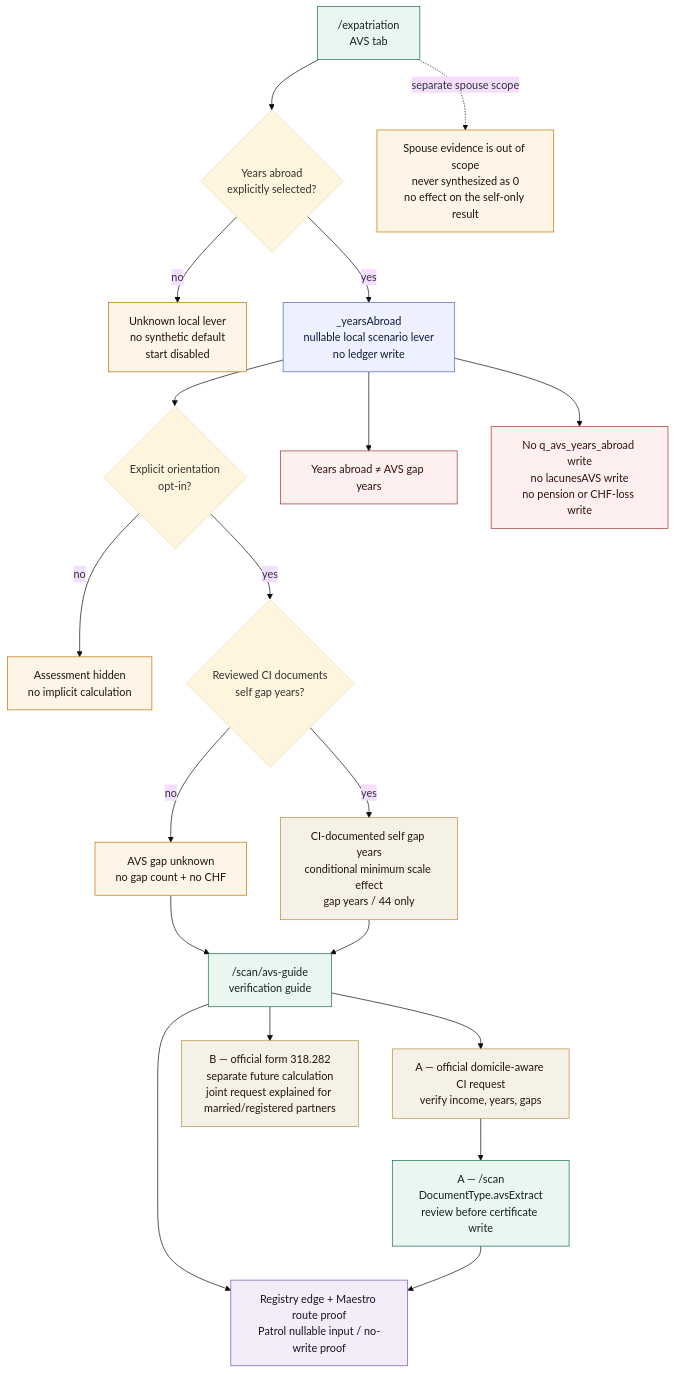
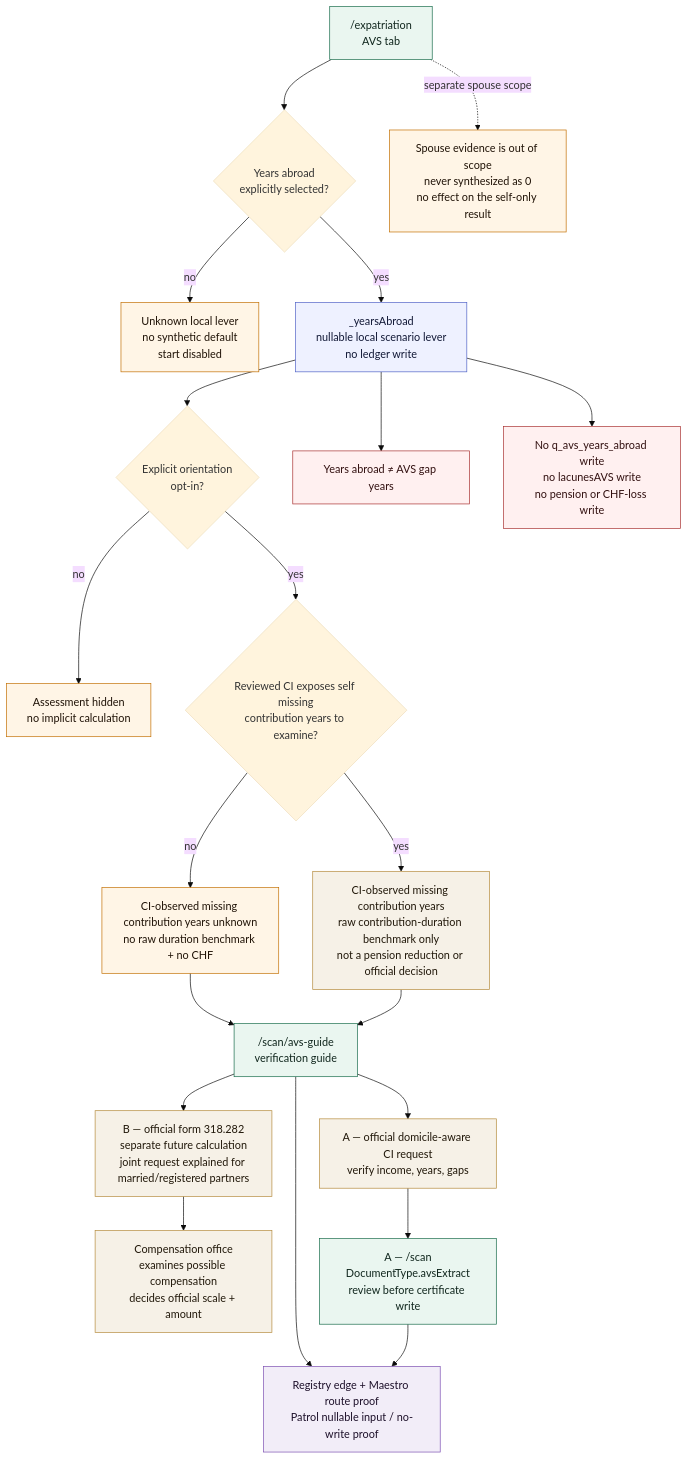
Before and after one commit to MINT-IA/MINT: the diagram in .planning/journeys/diagrams/expat_avs_verification.mmd, drawn with Mermaid (base theme). The commit also changed 22 other files, not shown here.

Commit message:
fix(g1): reframe AVS gap ratio as raw benchmark

```diff
--- a/.planning/journeys/diagrams/expat_avs_verification.mmd
+++ b/.planning/journeys/diagrams/expat_avs_verification.mmd
@@ -1,61 +1,63 @@
 %% ============================================================================
 %% expat_avs_verification.mmd — truthful G1 AVS orientation for expatriation
 %% ----------------------------------------------------------------------------
 %% Purpose: prevent residence history from becoming an invented AVS gap or CHF
 %% pension loss, then route the user to distinct official verification paths.
 %% Sources: SCREEN_CONTRACTS.md §4.2 and §5 /scan/avs-guide.
 %% ============================================================================
 
 flowchart TB
   classDef route fill:#eaf6f0,stroke:#166b4a,color:#10261d,stroke-width:1px;
   classDef local fill:#eef1ff,stroke:#4f62c6,color:#111836,stroke-width:1px;
   classDef evidence fill:#f6f1e7,stroke:#b48a3b,color:#21180a,stroke-width:1px;
   classDef unknown fill:#fff5e6,stroke:#c26f00,color:#201307,stroke-width:1px;
   classDef proof fill:#f2edf8,stroke:#7b4eb2,color:#1d102a,stroke-width:1px;
   classDef forbidden fill:#fff0f0,stroke:#a82f2f,color:#321010,stroke-width:1px;
 
   Expat["/expatriation<br/>AVS tab"]:::route
   YearsGate{"Years abroad<br/>explicitly selected?"}
   YearsUnknown["Unknown local lever<br/>no synthetic default<br/>start disabled"]:::unknown
   YearsLocal["_yearsAbroad<br/>nullable local scenario lever<br/>no ledger write"]:::local
   OptIn{"Explicit orientation<br/>opt-in?"}
   Hidden["Assessment hidden<br/>no implicit calculation"]:::unknown
 
-  CiEvidence{"Reviewed CI documents<br/>self gap years?"}
-  GapUnknown["AVS gap unknown<br/>no gap count + no CHF"]:::unknown
-  GapDocumented["CI-documented self gap years<br/>conditional minimum scale effect<br/>gap years / 44 only"]:::evidence
+  CiEvidence{"Reviewed CI exposes self missing<br/>contribution years to examine?"}
+  CiUnknown["CI-observed missing contribution years unknown<br/>no raw duration benchmark + no CHF"]:::unknown
+  CiObserved["CI-observed missing contribution years<br/>raw contribution-duration benchmark only<br/>not a pension reduction or official decision"]:::evidence
   NotEquivalent["Years abroad ≠ AVS gap years"]:::forbidden
   NoWrite["No q_avs_years_abroad write<br/>no lacunesAVS write<br/>no pension or CHF-loss write"]:::forbidden
   Partner["Spouse evidence is out of scope<br/>never synthesized as 0<br/>no effect on the self-only result"]:::unknown
 
   Guide["/scan/avs-guide<br/>verification guide"]:::route
   CiBranch["A — official domicile-aware CI request<br/>verify income, years, gaps"]:::evidence
   FutureBranch["B — official form 318.282<br/>separate future calculation<br/>joint request explained for married/registered partners"]:::evidence
+  Caisse["Compensation office<br/>examines possible compensation<br/>decides official scale + amount"]:::evidence
   ScanBranch["A — /scan<br/>DocumentType.avsExtract<br/>review before certificate write"]:::route
   Runtime["Registry edge + Maestro route proof<br/>Patrol nullable input / no-write proof"]:::proof
 
   Expat --> YearsGate
   YearsGate -- "no" --> YearsUnknown
   YearsGate -- "yes" --> YearsLocal --> OptIn
   OptIn -- "no" --> Hidden
   OptIn -- "yes" --> CiEvidence
   YearsLocal --> NotEquivalent
   YearsLocal --> NoWrite
   Expat -. "separate spouse scope" .-> Partner
-  CiEvidence -- "no" --> GapUnknown
-  CiEvidence -- "yes" --> GapDocumented
-  GapUnknown --> Guide
-  GapDocumented --> Guide
+  CiEvidence -- "no" --> CiUnknown
+  CiEvidence -- "yes" --> CiObserved
+  CiUnknown --> Guide
+  CiObserved --> Guide
   Guide --> CiBranch
   Guide --> FutureBranch
+  FutureBranch --> Caisse
   CiBranch --> ScanBranch
   Guide --> Runtime
   ScanBranch --> Runtime
 
   %% Invariants:
   %% EA-1 `_yearsAbroad` is null until explicit local selection and is never persisted.
   %% EA-2 Years lived abroad never become AVS contribution-gap years.
-  %% EA-3 Only reviewed CI evidence may unlock the proportional gap-years / 44 orientation.
+  %% EA-3 Only reviewed CI evidence may unlock the raw contribution-duration benchmark; it is neither a pension reduction nor an official decision.
   %% EA-4 The flow renders no personal pension, CHF loss, eligibility result, or household total.
   %% EA-5 Spouse evidence is outside this self-only result and is never synthesized as zero.
-  %% EA-6 CI acquisition, future calculation 318.282, and scan are distinct branches.
+  %% EA-6 CI acquisition, future calculation 318.282, and scan are distinct branches; the compensation office decides possible compensation, scale, and amount.
```
